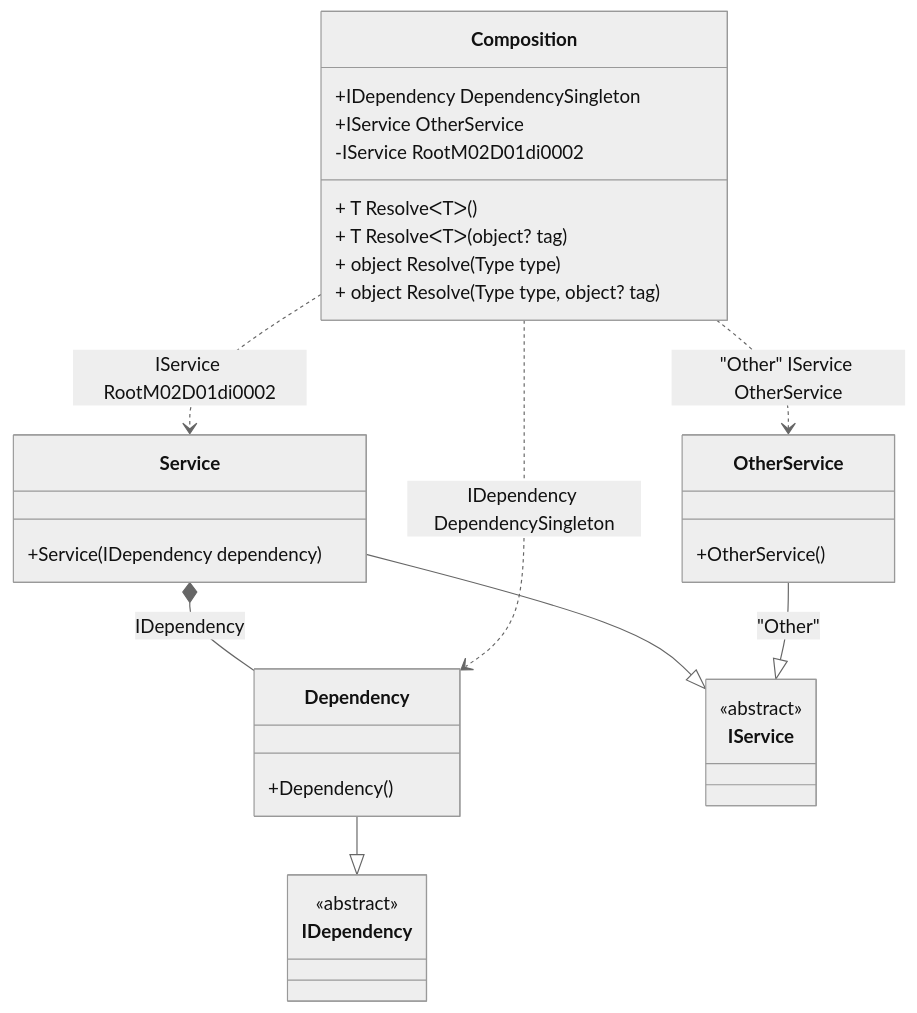
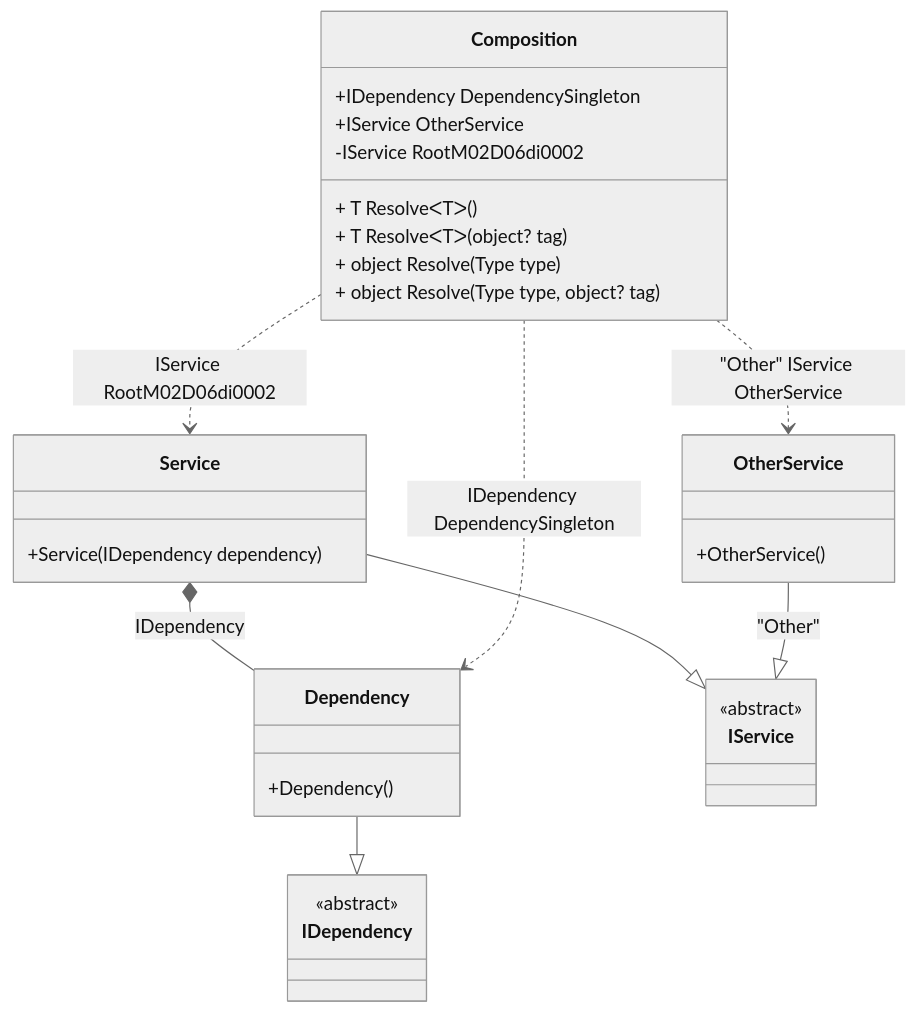
The diagram in readme/resolve-methods.md (DevTeam/Pure.DI), drawn with Mermaid (neutral theme) before and after one commit. The commit also changed other lines of this file and 78 other files, not shown here.

````diff
--- a/readme/resolve-methods.md
+++ b/readme/resolve-methods.md
@@ -43,34 +43,34 @@
 ```mermaid
 classDiagram
   class Composition {
     +IDependency DependencySingleton
     +IService OtherService
-    -IService RootM02D01di0002
+    -IService RootM02D06di0002
     + T ResolveᐸTᐳ()
     + T ResolveᐸTᐳ(object? tag)
     + object Resolve(Type type)
     + object Resolve(Type type, object? tag)
   }
   Dependency --|> IDependency : 
   class Dependency {
     +Dependency()
   }
   Service --|> IService : 
   class Service {
     +Service(IDependency dependency)
   }
   OtherService --|> IService : "Other" 
   class OtherService {
     +OtherService()
   }
   class IDependency {
     <<abstract>>
   }
   class IService {
     <<abstract>>
   }
   Service *--  Dependency : IDependency
   Composition ..> Dependency : IDependency DependencySingleton
-  Composition ..> Service : IService RootM02D01di0002
+  Composition ..> Service : IService RootM02D06di0002
   Composition ..> OtherService : "Other" IService OtherService
 ```
````
